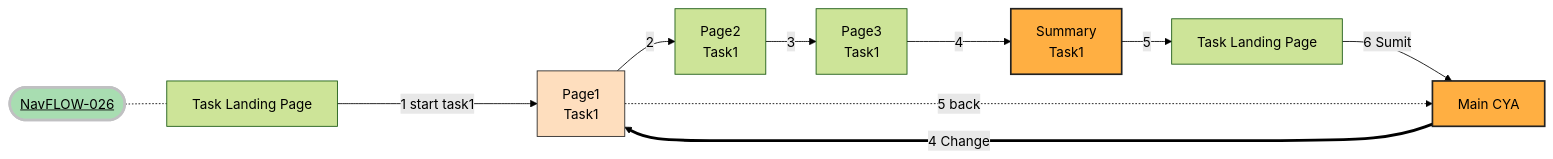
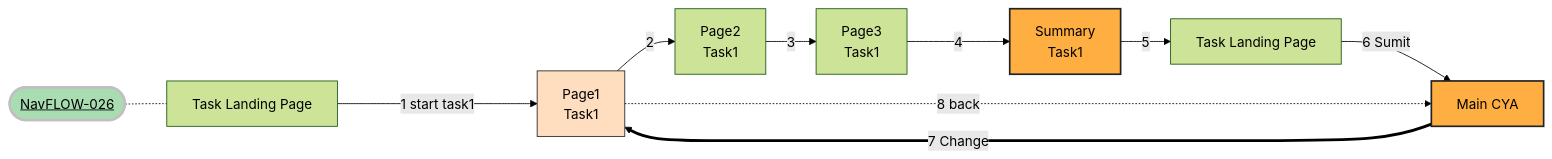
Before and after one commit to hmrc/gform-frontend: diagram 27 of 27 in Navigation.md, drawn with Mermaid.

````diff
--- a/Navigation.md
+++ b/Navigation.md
@@ -874,23 +874,22 @@
 ```mermaid
 %%{init: {'theme': 'forest', "flowchart" : { "curve" : "basis" } } }%%
 graph LR;
     title([<u>NavFLOW-026</u>])
     title -.- TaskLandingPage["Task Landing Page"]
     TaskLandingPage ----> |1 start task1| Task1Page1["Page1</br>Task1"]
     Task1Page1 --> |2| Task1Page2["Page2</br>Task1"]
     Task1Page2 --> |3| Task1Page3["Page3</br>Task1"]
     Task1Page3 --> |4| Task1Summary["Summary</br>Task1"]
     Task1Summary --> |5| TaskLandingPageFinal["Task Landing Page"]
     TaskLandingPageFinal --> |6 Sumit| CYA["Main CYA"]
-    CYA ===> |4 Change|Task1Page1
-    Task1Page1 -.5 back.-> CYA
+    CYA ===> |7 Change|Task1Page1
+    Task1Page1 -.8 back.-> CYA
 
     classDef orange fill:#fedebe,stroke:#222,stroke-width:1px
     class Task1Page1 orange
     classDef greenTitle fill:#a8ddb1 ,stroke:#c0c0c2,stroke-width:3px
     classDef orangeCYA fill:#ffaf42,stroke:#222,stroke-width:2px
     class CYA orangeCYA
     class Task1Summary orangeCYA
     class title greenTitle
-
 ```
````
